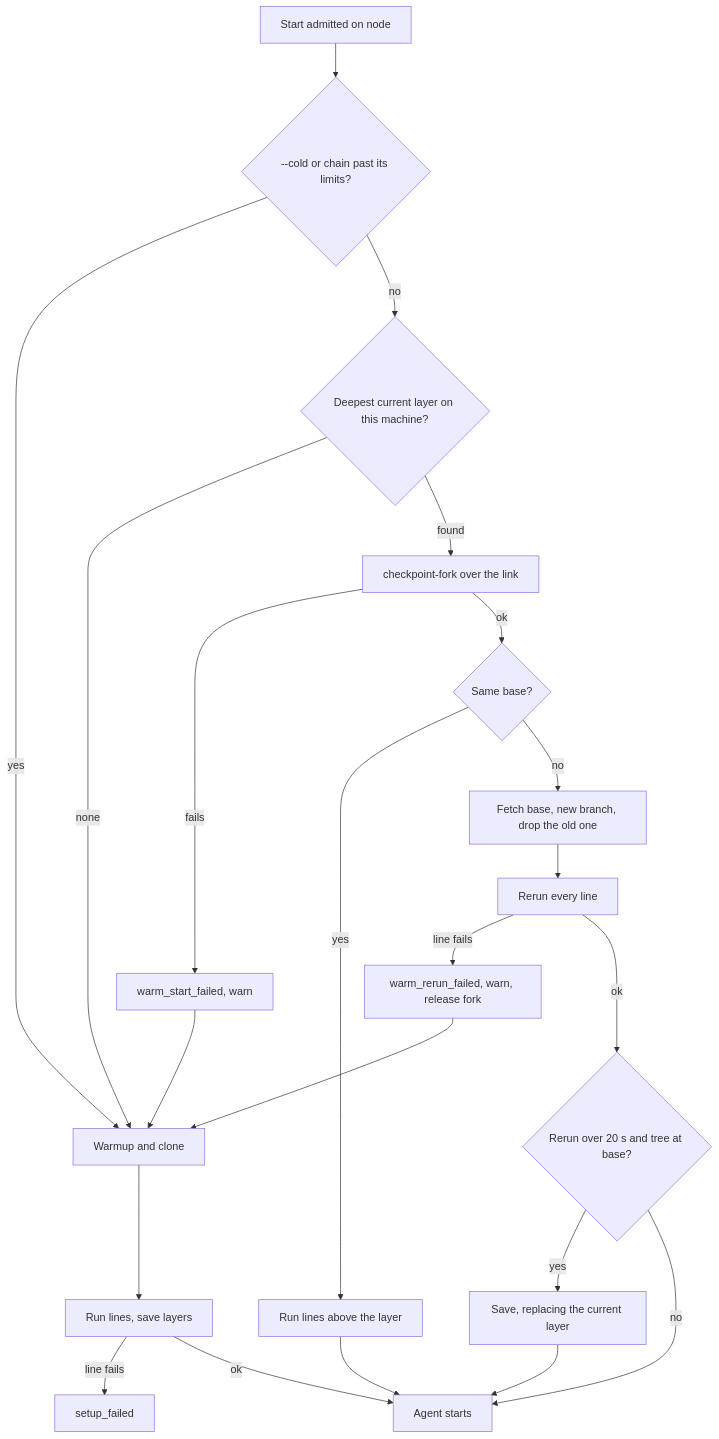
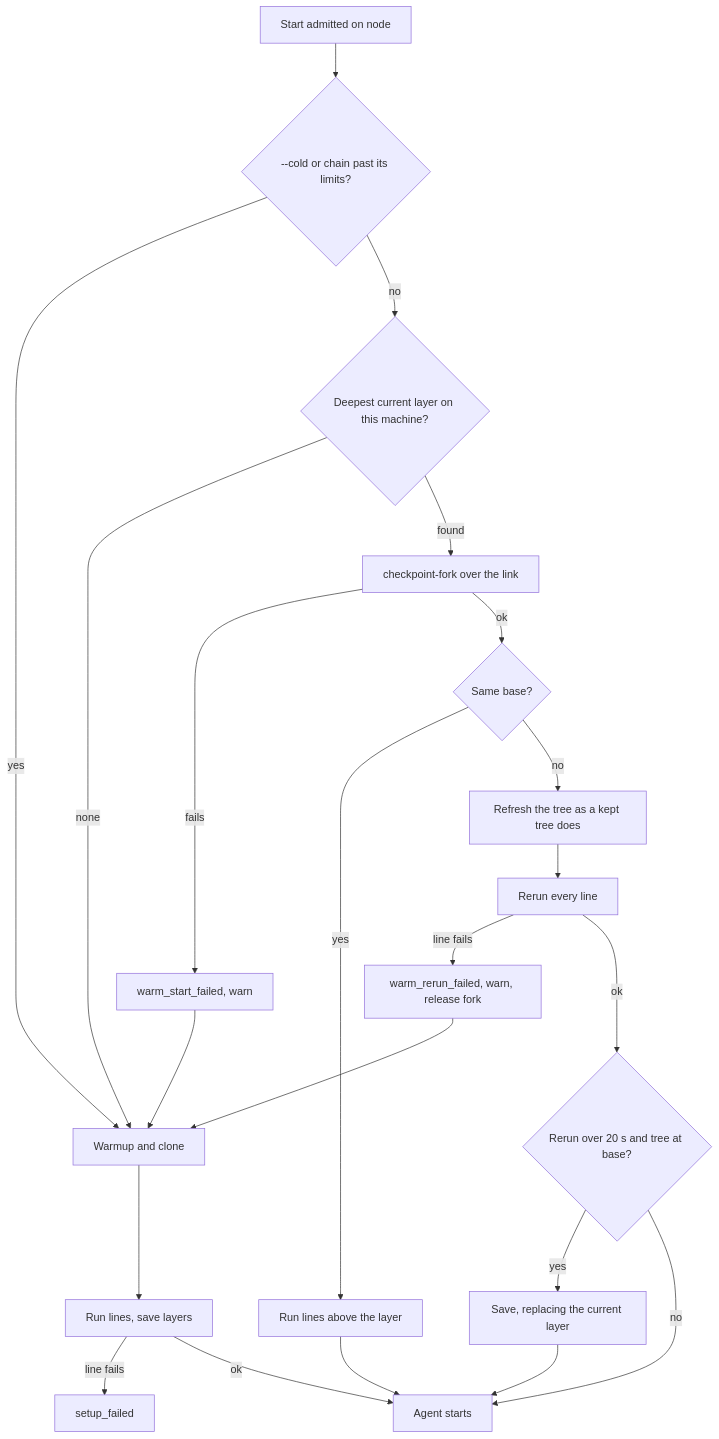
One commit to IniZio/moor changed the diagram in docs/specs/node-warm-starts.md. Above: the diagram before and after it, drawn with Mermaid. The commit also changed other lines of this file, not shown here.

````diff
--- a/docs/specs/node-warm-starts.md
+++ b/docs/specs/node-warm-starts.md
@@ -107,22 +138,22 @@
 ```mermaid
 flowchart TD
     A[Start admitted on node] --> B{--cold or chain past its limits?}
     B -- yes --> C[Warmup and clone]
     B -- no --> D{Deepest current layer on this machine?}
     D -- none --> C
     D -- found --> E[checkpoint-fork over the link]
     E -- fails --> W1[warm_start_failed, warn] --> C
     E -- ok --> F{Same base?}
     F -- yes --> G[Run lines above the layer]
-    F -- no --> H[Fetch base, new branch, drop the old one]
+    F -- no --> H[Refresh the tree as a kept tree does]
     H --> I[Rerun every line]
     I -- line fails --> W2[warm_rerun_failed, warn, release fork] --> C
     I -- ok --> J{Rerun over 20 s and tree at base?}
     J -- yes --> K[Save, replacing the current layer]
     J -- no --> L[Agent starts]
     K --> L
     G --> L
     C --> M[Run lines, save layers]
     M -- line fails --> N[setup_failed]
     M -- ok --> L
 ```
````
